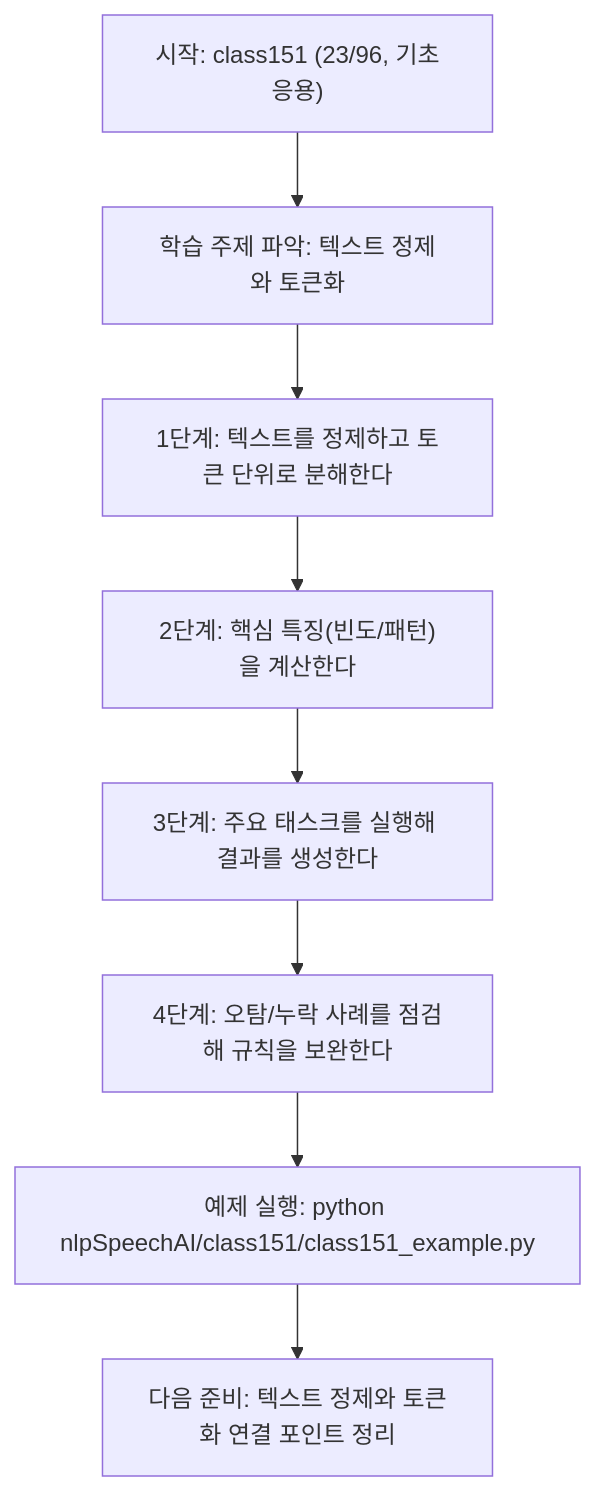
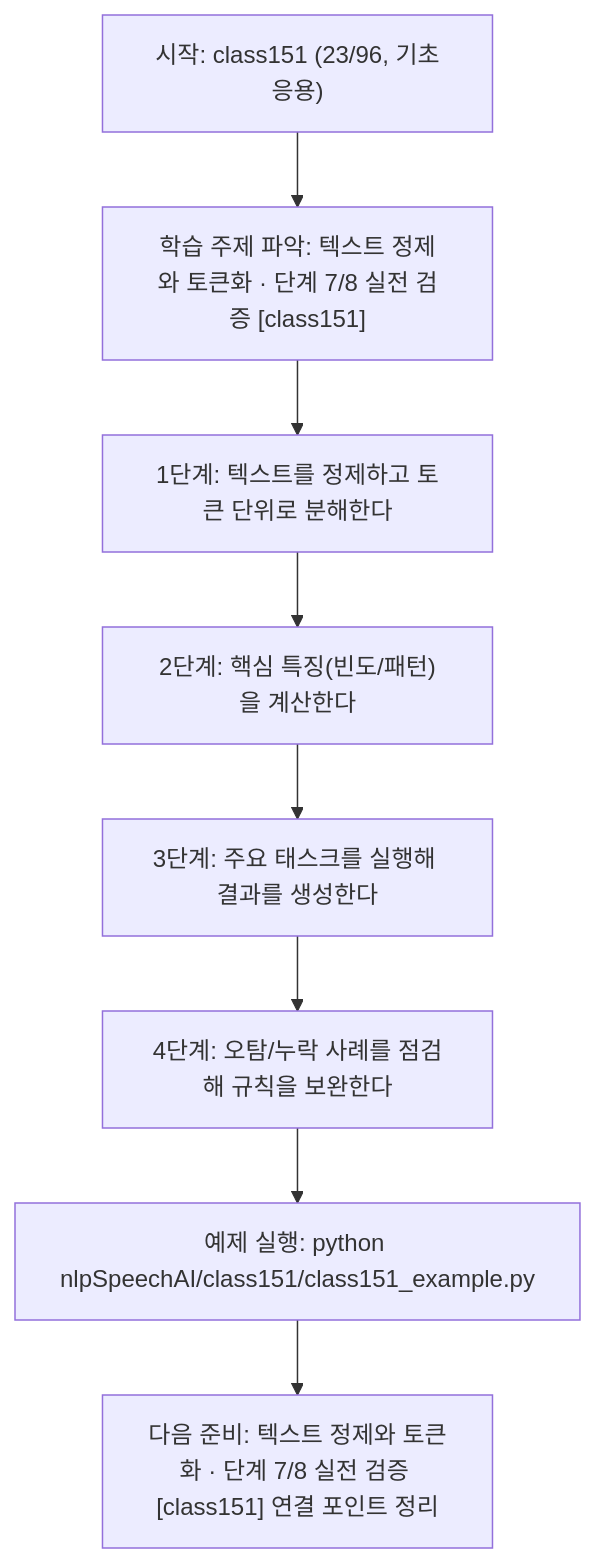
The diagram in nlpSpeechAI/class151/class151.md (edumgt/Python-AI_Agent-Class), drawn with Mermaid before and after one commit. The commit also changed other lines of this file and 522 other files, not shown here.

````diff
--- a/nlpSpeechAI/class151/class151.md
+++ b/nlpSpeechAI/class151/class151.md
@@ -113,18 +114,18 @@
 ```mermaid
 flowchart TD
 N1["시작: class151 (23/96, 기초응용)"]
-N2["학습 주제 파악: 텍스트 정제와 토큰화"]
+N2["학습 주제 파악: 텍스트 정제와 토큰화 · 단계 7/8 실전 검증 [class151]"]
 N3["1단계: 텍스트를 정제하고 토큰 단위로 분해한다"]
 N4["2단계: 핵심 특징(빈도/패턴)을 계산한다"]
 N5["3단계: 주요 태스크를 실행해 결과를 생성한다"]
 N6["4단계: 오탐/누락 사례를 점검해 규칙을 보완한다"]
 N7["예제 실행: python nlpSpeechAI/class151/class151_example.py"]
-N8["다음 준비: 텍스트 정제와 토큰화 연결 포인트 정리"]
+N8["다음 준비: 텍스트 정제와 토큰화 · 단계 7/8 실전 검증 [class151] 연결 포인트 정리"]
 N1 --> N2
 N2 --> N3
 N3 --> N4
 N4 --> N5
 N5 --> N6
 N6 --> N7
 N7 --> N8
 ```
````
